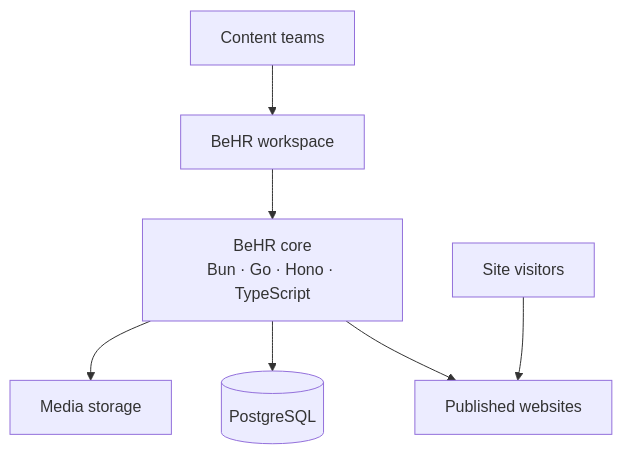
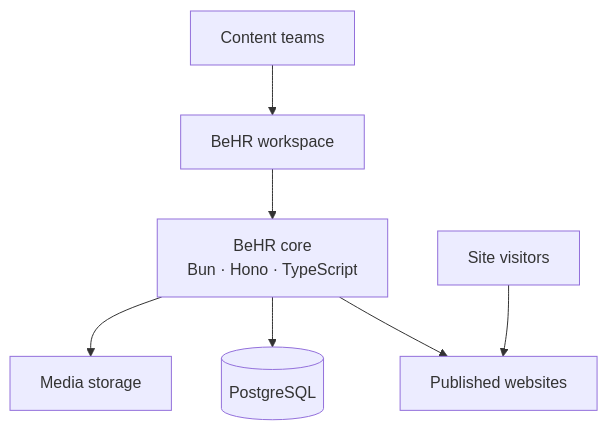
One commit to progentic/behr changed the diagram in README.md. Above: the diagram before and after it, drawn with Mermaid. The commit also changed other lines of this file and 11 other files, not shown here.

````diff
--- a/README.md
+++ b/README.md
@@ -26,9 +25,9 @@
 ```mermaid
 flowchart TB
     Editors["Content teams"] --> Admin["BeHR workspace"]
-    Admin --> Core["BeHR core<br/>Bun · Go · Hono · TypeScript"]
+    Admin --> Core["BeHR core<br/>Bun · Hono · TypeScript"]
     Core --> Sites["Published websites"]
     Visitors["Site visitors"] --> Sites
     Core --> Database[("PostgreSQL")]
     Core --> Media["Media storage"]
 ```
````
